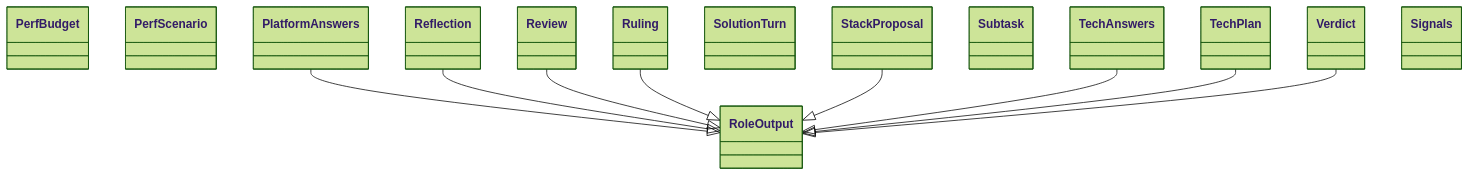
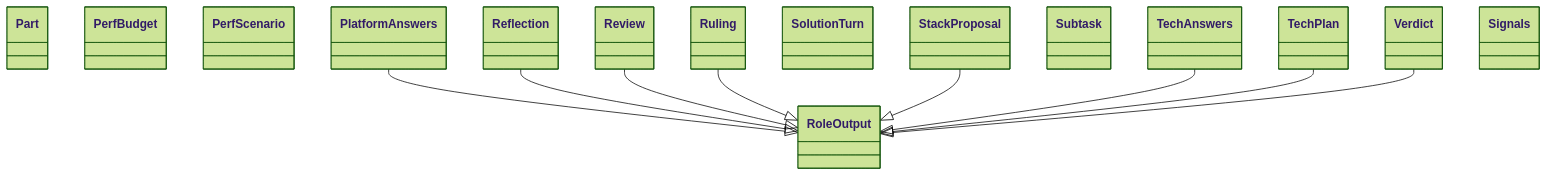
The diagram in docs/architecture/generated/classes-process-domain-roles-3.md (GonzaloZevallos/agentic-system), drawn with Mermaid (forest theme) before and after one commit. The commit also changed 16 other files, not shown here.

````diff
--- a/docs/architecture/generated/classes-process-domain-roles-3.md
+++ b/docs/architecture/generated/classes-process-domain-roles-3.md
@@ -21,25 +21,26 @@
 ```mermaid
 classDiagram
+    class schemas__Part["Part"]
     class schemas__PerfBudget["PerfBudget"]
     class schemas__PerfScenario["PerfScenario"]
     class schemas__PlatformAnswers["PlatformAnswers"]
     class schemas__Reflection["Reflection"]
     class schemas__Review["Review"]
     class schemas__RoleOutput["RoleOutput"]
     class schemas__Ruling["Ruling"]
     class schemas__SolutionTurn["SolutionTurn"]
     class schemas__StackProposal["StackProposal"]
     class schemas__Subtask["Subtask"]
     class schemas__TechAnswers["TechAnswers"]
     class schemas__TechPlan["TechPlan"]
     class schemas__Verdict["Verdict"]
     class stack_signals__Signals["Signals"]
     schemas__PlatformAnswers --|> schemas__RoleOutput
     schemas__Reflection --|> schemas__RoleOutput
     schemas__Review --|> schemas__RoleOutput
     schemas__Ruling --|> schemas__RoleOutput
     schemas__StackProposal --|> schemas__RoleOutput
     schemas__TechAnswers --|> schemas__RoleOutput
     schemas__TechPlan --|> schemas__RoleOutput
     schemas__Verdict --|> schemas__RoleOutput
 ```
````
